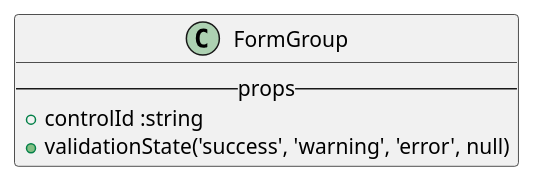
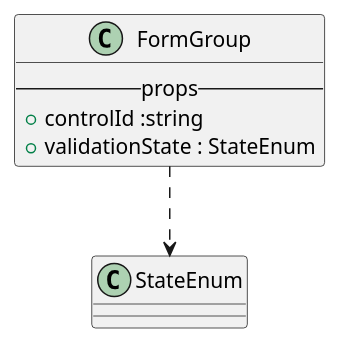
One commit to M9k/Marvin-Uml changed the diagram in react/bootstrap/formgroup.iuml. Above: the diagram before and after it, drawn with PlantUML. The commit also changed 3 other files, not shown here.

```diff
--- a/react/bootstrap/formgroup.iuml
+++ b/react/bootstrap/formgroup.iuml
@@ -1,5 +1,7 @@
 class FormGroup{
     --props--
         + controlId :string
-        + validationState('success', 'warning', 'error', null)
+        + validationState : StateEnum
 }
+
+FormGroup ..> StateEnum
```
